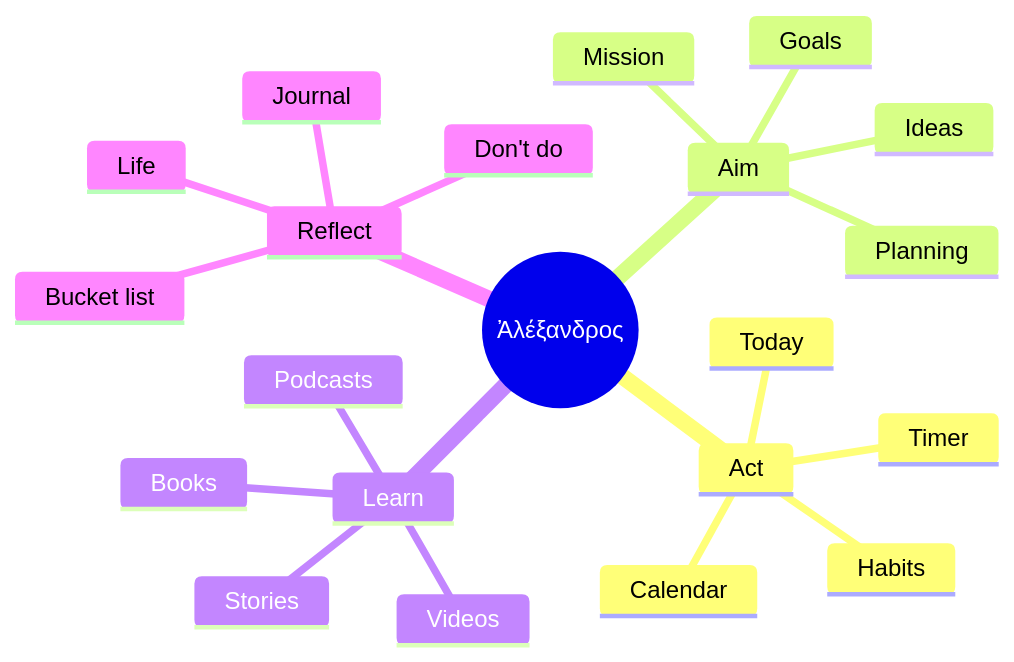
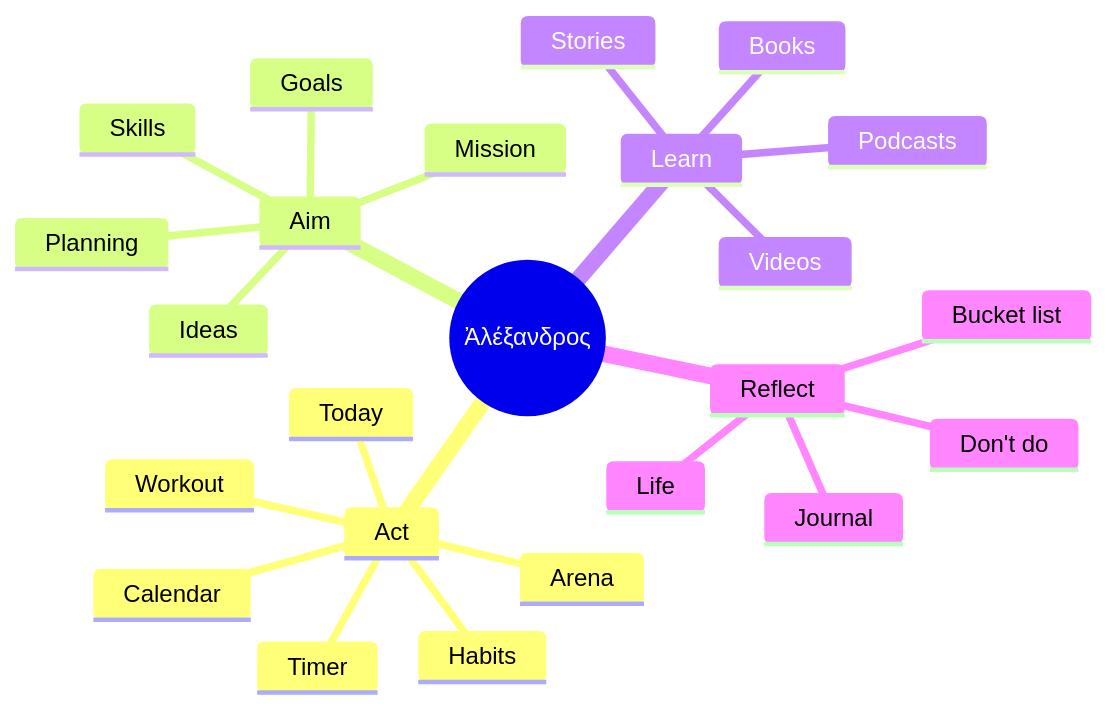
One commit to Happysingh1062003/alexender changed the first of 13 diagrams in README.md. Above: the diagram before and after it, drawn with Mermaid. The commit also changed other lines of this file and 49 other files, not shown here.

````diff
--- a/README.md
+++ b/README.md
@@ -73,24 +75,27 @@
 ```mermaid
 mindmap
   root((Ἀλέξανδρος))
     Act
       Today
       Habits
+      Workout
       Timer
       Calendar
+      Arena
     Aim
       Mission
       Goals
+      Skills
       Planning
       Ideas
     Learn
       Books
       Videos
       Podcasts
       Stories
     Reflect
       Journal
       Life
       Bucket list
       Don't do
 ```
````
